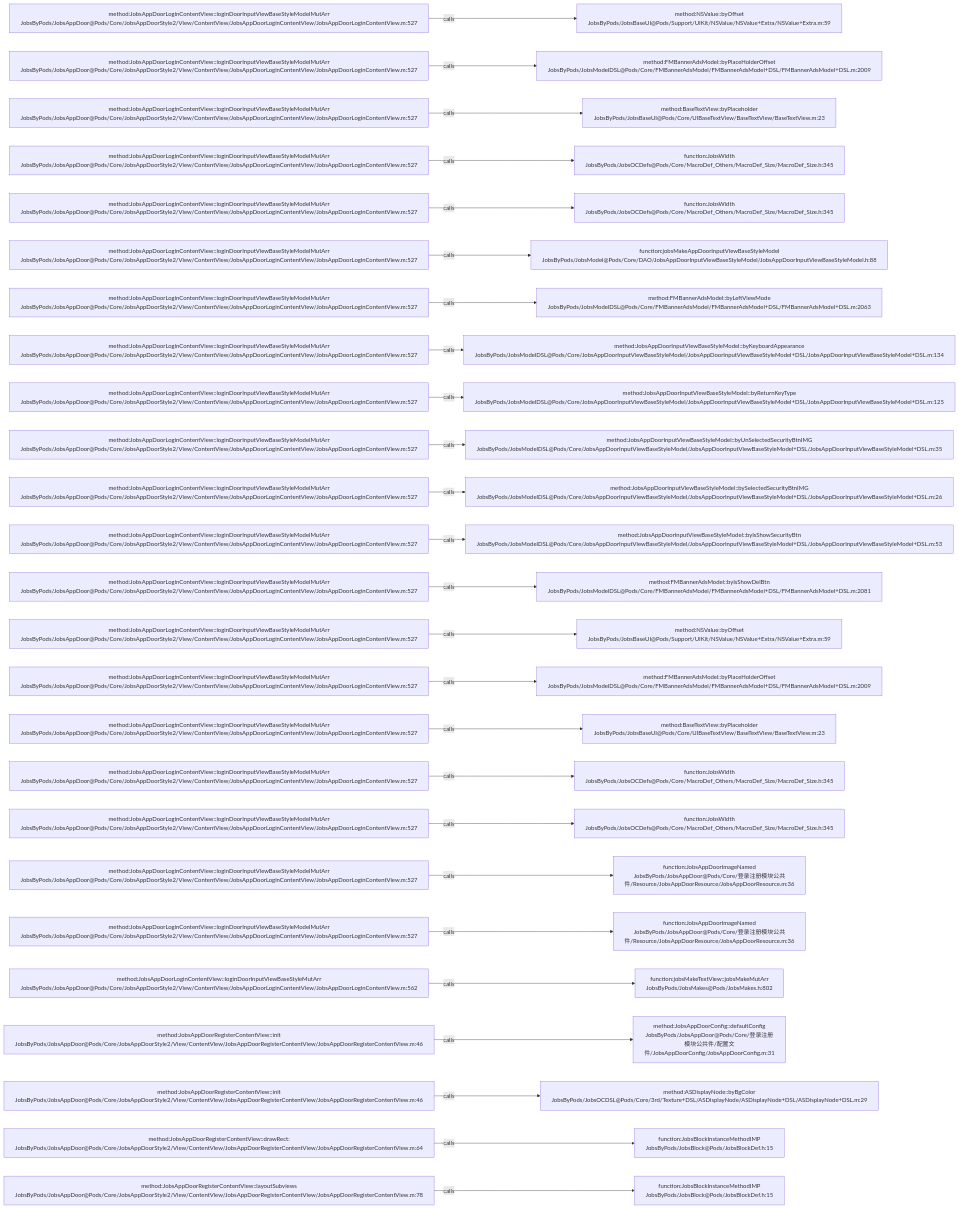
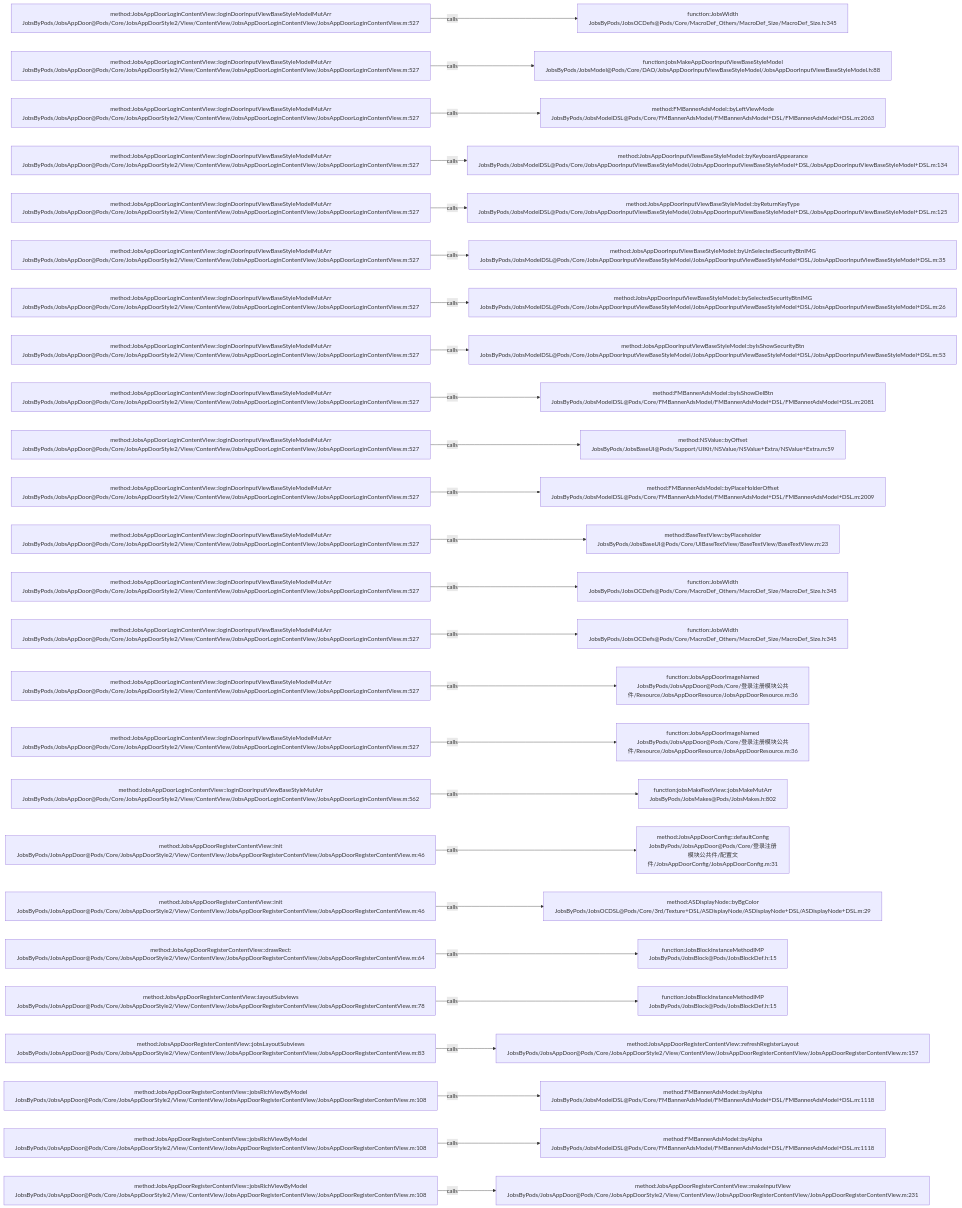
The diagram in .codegraph/codegraph.md/graphs/calls-125.md (JobsKits/JobsOCBaseConfigDemo), drawn with Mermaid before and after one commit. The commit also changed 116 other files, not shown here.

````diff
--- a/.codegraph/codegraph.md/graphs/calls-125.md
+++ b/.codegraph/codegraph.md/graphs/calls-125.md
@@ -13,78 +13,78 @@
 ```mermaid
 flowchart LR
   S1["method:JobsAppDoorLoginContentView::loginDoorInputViewBaseStyleModelMutArr<br/>JobsByPods/JobsAppDoor@Pods/Core/JobsAppDoorStyle2/View/ContentView/JobsAppDoorLoginContentView/JobsAppDoorLoginContentView.m:527"]
-  T1["method:NSValue::byOffset<br/>JobsByPods/JobsBaseUI@Pods/Support/UIKit/NSValue/NSValue+Extra/NSValue+Extra.m:59"]
+  T1["function:JobsWidth<br/>JobsByPods/JobsOCDefs@Pods/Core/MacroDef_Others/MacroDef_Size/MacroDef_Size.h:345"]
   S1 -->|calls| T1
   S2["method:JobsAppDoorLoginContentView::loginDoorInputViewBaseStyleModelMutArr<br/>JobsByPods/JobsAppDoor@Pods/Core/JobsAppDoorStyle2/View/ContentView/JobsAppDoorLoginContentView/JobsAppDoorLoginContentView.m:527"]
-  T2["method:FMBannerAdsModel::byPlaceHolderOffset<br/>JobsByPods/JobsModelDSL@Pods/Core/FMBannerAdsModel/FMBannerAdsModel+DSL/FMBannerAdsModel+DSL.m:2009"]
+  T2["function:jobsMakeAppDoorInputViewBaseStyleModel<br/>JobsByPods/JobsModel@Pods/Core/DAO/JobsAppDoorInputViewBaseStyleModel/JobsAppDoorInputViewBaseStyleModel.h:88"]
   S2 -->|calls| T2
   S3["method:JobsAppDoorLoginContentView::loginDoorInputViewBaseStyleModelMutArr<br/>JobsByPods/JobsAppDoor@Pods/Core/JobsAppDoorStyle2/View/ContentView/JobsAppDoorLoginContentView/JobsAppDoorLoginContentView.m:527"]
-  T3["method:BaseTextView::byPlaceholder<br/>JobsByPods/JobsBaseUI@Pods/Core/UIBaseTextView/BaseTextView/BaseTextView.m:23"]
+  T3["method:FMBannerAdsModel::byLeftViewMode<br/>JobsByPods/JobsModelDSL@Pods/Core/FMBannerAdsModel/FMBannerAdsModel+DSL/FMBannerAdsModel+DSL.m:2063"]
   S3 -->|calls| T3
   S4["method:JobsAppDoorLoginContentView::loginDoorInputViewBaseStyleModelMutArr<br/>JobsByPods/JobsAppDoor@Pods/Core/JobsAppDoorStyle2/View/ContentView/JobsAppDoorLoginContentView/JobsAppDoorLoginContentView.m:527"]
-  T4["function:JobsWidth<br/>JobsByPods/JobsOCDefs@Pods/Core/MacroDef_Others/MacroDef_Size/MacroDef_Size.h:345"]
+  T4["method:JobsAppDoorInputViewBaseStyleModel::byKeyboardAppearance<br/>JobsByPods/JobsModelDSL@Pods/Core/JobsAppDoorInputViewBaseStyleModel/JobsAppDoorInputViewBaseStyleModel+DSL/JobsAppDoorInputViewBaseStyleModel+DSL.m:134"]
   S4 -->|calls| T4
   S5["method:JobsAppDoorLoginContentView::loginDoorInputViewBaseStyleModelMutArr<br/>JobsByPods/JobsAppDoor@Pods/Core/JobsAppDoorStyle2/View/ContentView/JobsAppDoorLoginContentView/JobsAppDoorLoginContentView.m:527"]
-  T5["function:JobsWidth<br/>JobsByPods/JobsOCDefs@Pods/Core/MacroDef_Others/MacroDef_Size/MacroDef_Size.h:345"]
+  T5["method:JobsAppDoorInputViewBaseStyleModel::byReturnKeyType<br/>JobsByPods/JobsModelDSL@Pods/Core/JobsAppDoorInputViewBaseStyleModel/JobsAppDoorInputViewBaseStyleModel+DSL/JobsAppDoorInputViewBaseStyleModel+DSL.m:125"]
   S5 -->|calls| T5
   S6["method:JobsAppDoorLoginContentView::loginDoorInputViewBaseStyleModelMutArr<br/>JobsByPods/JobsAppDoor@Pods/Core/JobsAppDoorStyle2/View/ContentView/JobsAppDoorLoginContentView/JobsAppDoorLoginContentView.m:527"]
-  T6["function:jobsMakeAppDoorInputViewBaseStyleModel<br/>JobsByPods/JobsModel@Pods/Core/DAO/JobsAppDoorInputViewBaseStyleModel/JobsAppDoorInputViewBaseStyleModel.h:88"]
+  T6["method:JobsAppDoorInputViewBaseStyleModel::byUnSelectedSecurityBtnIMG<br/>JobsByPods/JobsModelDSL@Pods/Core/JobsAppDoorInputViewBaseStyleModel/JobsAppDoorInputViewBaseStyleModel+DSL/JobsAppDoorInputViewBaseStyleModel+DSL.m:35"]
   S6 -->|calls| T6
   S7["method:JobsAppDoorLoginContentView::loginDoorInputViewBaseStyleModelMutArr<br/>JobsByPods/JobsAppDoor@Pods/Core/JobsAppDoorStyle2/View/ContentView/JobsAppDoorLoginContentView/JobsAppDoorLoginContentView.m:527"]
-  T7["method:FMBannerAdsModel::byLeftViewMode<br/>JobsByPods/JobsModelDSL@Pods/Core/FMBannerAdsModel/FMBannerAdsModel+DSL/FMBannerAdsModel+DSL.m:2063"]
+  T7["method:JobsAppDoorInputViewBaseStyleModel::bySelectedSecurityBtnIMG<br/>JobsByPods/JobsModelDSL@Pods/Core/JobsAppDoorInputViewBaseStyleModel/JobsAppDoorInputViewBaseStyleModel+DSL/JobsAppDoorInputViewBaseStyleModel+DSL.m:26"]
   S7 -->|calls| T7
   S8["method:JobsAppDoorLoginContentView::loginDoorInputViewBaseStyleModelMutArr<br/>JobsByPods/JobsAppDoor@Pods/Core/JobsAppDoorStyle2/View/ContentView/JobsAppDoorLoginContentView/JobsAppDoorLoginContentView.m:527"]
-  T8["method:JobsAppDoorInputViewBaseStyleModel::byKeyboardAppearance<br/>JobsByPods/JobsModelDSL@Pods/Core/JobsAppDoorInputViewBaseStyleModel/JobsAppDoorInputViewBaseStyleModel+DSL/JobsAppDoorInputViewBaseStyleModel+DSL.m:134"]
+  T8["method:JobsAppDoorInputViewBaseStyleModel::byIsShowSecurityBtn<br/>JobsByPods/JobsModelDSL@Pods/Core/JobsAppDoorInputViewBaseStyleModel/JobsAppDoorInputViewBaseStyleModel+DSL/JobsAppDoorInputViewBaseStyleModel+DSL.m:53"]
   S8 -->|calls| T8
   S9["method:JobsAppDoorLoginContentView::loginDoorInputViewBaseStyleModelMutArr<br/>JobsByPods/JobsAppDoor@Pods/Core/JobsAppDoorStyle2/View/ContentView/JobsAppDoorLoginContentView/JobsAppDoorLoginContentView.m:527"]
-  T9["method:JobsAppDoorInputViewBaseStyleModel::byReturnKeyType<br/>JobsByPods/JobsModelDSL@Pods/Core/JobsAppDoorInputViewBaseStyleModel/JobsAppDoorInputViewBaseStyleModel+DSL/JobsAppDoorInputViewBaseStyleModel+DSL.m:125"]
+  T9["method:FMBannerAdsModel::byIsShowDelBtn<br/>JobsByPods/JobsModelDSL@Pods/Core/FMBannerAdsModel/FMBannerAdsModel+DSL/FMBannerAdsModel+DSL.m:2081"]
   S9 -->|calls| T9
   S10["method:JobsAppDoorLoginContentView::loginDoorInputViewBaseStyleModelMutArr<br/>JobsByPods/JobsAppDoor@Pods/Core/JobsAppDoorStyle2/View/ContentView/JobsAppDoorLoginContentView/JobsAppDoorLoginContentView.m:527"]
-  T10["method:JobsAppDoorInputViewBaseStyleModel::byUnSelectedSecurityBtnIMG<br/>JobsByPods/JobsModelDSL@Pods/Core/JobsAppDoorInputViewBaseStyleModel/JobsAppDoorInputViewBaseStyleModel+DSL/JobsAppDoorInputViewBaseStyleModel+DSL.m:35"]
+  T10["method:NSValue::byOffset<br/>JobsByPods/JobsBaseUI@Pods/Support/UIKit/NSValue/NSValue+Extra/NSValue+Extra.m:59"]
   S10 -->|calls| T10
   S11["method:JobsAppDoorLoginContentView::loginDoorInputViewBaseStyleModelMutArr<br/>JobsByPods/JobsAppDoor@Pods/Core/JobsAppDoorStyle2/View/ContentView/JobsAppDoorLoginContentView/JobsAppDoorLoginContentView.m:527"]
-  T11["method:JobsAppDoorInputViewBaseStyleModel::bySelectedSecurityBtnIMG<br/>JobsByPods/JobsModelDSL@Pods/Core/JobsAppDoorInputViewBaseStyleModel/JobsAppDoorInputViewBaseStyleModel+DSL/JobsAppDoorInputViewBaseStyleModel+DSL.m:26"]
+  T11["method:FMBannerAdsModel::byPlaceHolderOffset<br/>JobsByPods/JobsModelDSL@Pods/Core/FMBannerAdsModel/FMBannerAdsModel+DSL/FMBannerAdsModel+DSL.m:2009"]
   S11 -->|calls| T11
   S12["method:JobsAppDoorLoginContentView::loginDoorInputViewBaseStyleModelMutArr<br/>JobsByPods/JobsAppDoor@Pods/Core/JobsAppDoorStyle2/View/ContentView/JobsAppDoorLoginContentView/JobsAppDoorLoginContentView.m:527"]
-  T12["method:JobsAppDoorInputViewBaseStyleModel::byIsShowSecurityBtn<br/>JobsByPods/JobsModelDSL@Pods/Core/JobsAppDoorInputViewBaseStyleModel/JobsAppDoorInputViewBaseStyleModel+DSL/JobsAppDoorInputViewBaseStyleModel+DSL.m:53"]
+  T12["method:BaseTextView::byPlaceholder<br/>JobsByPods/JobsBaseUI@Pods/Core/UIBaseTextView/BaseTextView/BaseTextView.m:23"]
   S12 -->|calls| T12
   S13["method:JobsAppDoorLoginContentView::loginDoorInputViewBaseStyleModelMutArr<br/>JobsByPods/JobsAppDoor@Pods/Core/JobsAppDoorStyle2/View/ContentView/JobsAppDoorLoginContentView/JobsAppDoorLoginContentView.m:527"]
-  T13["method:FMBannerAdsModel::byIsShowDelBtn<br/>JobsByPods/JobsModelDSL@Pods/Core/FMBannerAdsModel/FMBannerAdsModel+DSL/FMBannerAdsModel+DSL.m:2081"]
+  T13["function:JobsWidth<br/>JobsByPods/JobsOCDefs@Pods/Core/MacroDef_Others/MacroDef_Size/MacroDef_Size.h:345"]
   S13 -->|calls| T13
   S14["method:JobsAppDoorLoginContentView::loginDoorInputViewBaseStyleModelMutArr<br/>JobsByPods/JobsAppDoor@Pods/Core/JobsAppDoorStyle2/View/ContentView/JobsAppDoorLoginContentView/JobsAppDoorLoginContentView.m:527"]
-  T14["method:NSValue::byOffset<br/>JobsByPods/JobsBaseUI@Pods/Support/UIKit/NSValue/NSValue+Extra/NSValue+Extra.m:59"]
+  T14["function:JobsWidth<br/>JobsByPods/JobsOCDefs@Pods/Core/MacroDef_Others/MacroDef_Size/MacroDef_Size.h:345"]
   S14 -->|calls| T14
   S15["method:JobsAppDoorLoginContentView::loginDoorInputViewBaseStyleModelMutArr<br/>JobsByPods/JobsAppDoor@Pods/Core/JobsAppDoorStyle2/View/ContentView/JobsAppDoorLoginContentView/JobsAppDoorLoginContentView.m:527"]
-  T15["method:FMBannerAdsModel::byPlaceHolderOffset<br/>JobsByPods/JobsModelDSL@Pods/Core/FMBannerAdsModel/FMBannerAdsModel+DSL/FMBannerAdsModel+DSL.m:2009"]
+  T15["function:JobsAppDoorImageNamed<br/>JobsByPods/JobsAppDoor@Pods/Core/登录注册模块公共件/Resource/JobsAppDoorResource/JobsAppDoorResource.m:36"]
   S15 -->|calls| T15
   S16["method:JobsAppDoorLoginContentView::loginDoorInputViewBaseStyleModelMutArr<br/>JobsByPods/JobsAppDoor@Pods/Core/JobsAppDoorStyle2/View/ContentView/JobsAppDoorLoginContentView/JobsAppDoorLoginContentView.m:527"]
-  T16["method:BaseTextView::byPlaceholder<br/>JobsByPods/JobsBaseUI@Pods/Core/UIBaseTextView/BaseTextView/BaseTextView.m:23"]
+  T16["function:JobsAppDoorImageNamed<br/>JobsByPods/JobsAppDoor@Pods/Core/登录注册模块公共件/Resource/JobsAppDoorResource/JobsAppDoorResource.m:36"]
   S16 -->|calls| T16
-  S17["method:JobsAppDoorLoginContentView::loginDoorInputViewBaseStyleModelMutArr<br/>JobsByPods/JobsAppDoor@Pods/Core/JobsAppDoorStyle2/View/ContentView/JobsAppDoorLoginContentView/JobsAppDoorLoginContentView.m:527"]
-  T17["function:JobsWidth<br/>JobsByPods/JobsOCDefs@Pods/Core/MacroDef_Others/MacroDef_Size/MacroDef_Size.h:345"]
+  S17["method:JobsAppDoorLoginContentView::loginDoorInputViewBaseStyleMutArr<br/>JobsByPods/JobsAppDoor@Pods/Core/JobsAppDoorStyle2/View/ContentView/JobsAppDoorLoginContentView/JobsAppDoorLoginContentView.m:562"]
+  T17["function:jobsMakeTextView::jobsMakeMutArr<br/>JobsByPods/JobsMakes@Pods/JobsMakes.h:802"]
   S17 -->|calls| T17
-  S18["method:JobsAppDoorLoginContentView::loginDoorInputViewBaseStyleModelMutArr<br/>JobsByPods/JobsAppDoor@Pods/Core/JobsAppDoorStyle2/View/ContentView/JobsAppDoorLoginContentView/JobsAppDoorLoginContentView.m:527"]
-  T18["function:JobsWidth<br/>JobsByPods/JobsOCDefs@Pods/Core/MacroDef_Others/MacroDef_Size/MacroDef_Size.h:345"]
+  S18["method:JobsAppDoorRegisterContentView::init<br/>JobsByPods/JobsAppDoor@Pods/Core/JobsAppDoorStyle2/View/ContentView/JobsAppDoorRegisterContentView/JobsAppDoorRegisterContentView.m:46"]
+  T18["method:JobsAppDoorConfig::defaultConfig<br/>JobsByPods/JobsAppDoor@Pods/Core/登录注册模块公共件/配置文件/JobsAppDoorConfig/JobsAppDoorConfig.m:31"]
   S18 -->|calls| T18
-  S19["method:JobsAppDoorLoginContentView::loginDoorInputViewBaseStyleModelMutArr<br/>JobsByPods/JobsAppDoor@Pods/Core/JobsAppDoorStyle2/View/ContentView/JobsAppDoorLoginContentView/JobsAppDoorLoginContentView.m:527"]
-  T19["function:JobsAppDoorImageNamed<br/>JobsByPods/JobsAppDoor@Pods/Core/登录注册模块公共件/Resource/JobsAppDoorResource/JobsAppDoorResource.m:36"]
+  S19["method:JobsAppDoorRegisterContentView::init<br/>JobsByPods/JobsAppDoor@Pods/Core/JobsAppDoorStyle2/View/ContentView/JobsAppDoorRegisterContentView/JobsAppDoorRegisterContentView.m:46"]
+  T19["method:ASDisplayNode::byBgColor<br/>JobsByPods/JobsOCDSL@Pods/Core/3rd/Texture+DSL/ASDisplayNode/ASDisplayNode+DSL/ASDisplayNode+DSL.m:29"]
   S19 -->|calls| T19
-  S20["method:JobsAppDoorLoginContentView::loginDoorInputViewBaseStyleModelMutArr<br/>JobsByPods/JobsAppDoor@Pods/Core/JobsAppDoorStyle2/View/ContentView/JobsAppDoorLoginContentView/JobsAppDoorLoginContentView.m:527"]
-  T20["function:JobsAppDoorImageNamed<br/>JobsByPods/JobsAppDoor@Pods/Core/登录注册模块公共件/Resource/JobsAppDoorResource/JobsAppDoorResource.m:36"]
+  S20["method:JobsAppDoorRegisterContentView::drawRect:<br/>JobsByPods/JobsAppDoor@Pods/Core/JobsAppDoorStyle2/View/ContentView/JobsAppDoorRegisterContentView/JobsAppDoorRegisterContentView.m:64"]
+  T20["function:JobsBlockInstanceMethodIMP<br/>JobsByPods/JobsBlock@Pods/JobsBlockDef.h:15"]
   S20 -->|calls| T20
-  S21["method:JobsAppDoorLoginContentView::loginDoorInputViewBaseStyleMutArr<br/>JobsByPods/JobsAppDoor@Pods/Core/JobsAppDoorStyle2/View/ContentView/JobsAppDoorLoginContentView/JobsAppDoorLoginContentView.m:562"]
-  T21["function:jobsMakeTextView::jobsMakeMutArr<br/>JobsByPods/JobsMakes@Pods/JobsMakes.h:802"]
+  S21["method:JobsAppDoorRegisterContentView::layoutSubviews<br/>JobsByPods/JobsAppDoor@Pods/Core/JobsAppDoorStyle2/View/ContentView/JobsAppDoorRegisterContentView/JobsAppDoorRegisterContentView.m:78"]
+  T21["function:JobsBlockInstanceMethodIMP<br/>JobsByPods/JobsBlock@Pods/JobsBlockDef.h:15"]
   S21 -->|calls| T21
-  S22["method:JobsAppDoorRegisterContentView::init<br/>JobsByPods/JobsAppDoor@Pods/Core/JobsAppDoorStyle2/View/ContentView/JobsAppDoorRegisterContentView/JobsAppDoorRegisterContentView.m:46"]
-  T22["method:JobsAppDoorConfig::defaultConfig<br/>JobsByPods/JobsAppDoor@Pods/Core/登录注册模块公共件/配置文件/JobsAppDoorConfig/JobsAppDoorConfig.m:31"]
+  S22["method:JobsAppDoorRegisterContentView::jobsLayoutSubviews<br/>JobsByPods/JobsAppDoor@Pods/Core/JobsAppDoorStyle2/View/ContentView/JobsAppDoorRegisterContentView/JobsAppDoorRegisterContentView.m:83"]
+  T22["method:JobsAppDoorRegisterContentView::refreshRegisterLayout<br/>JobsByPods/JobsAppDoor@Pods/Core/JobsAppDoorStyle2/View/ContentView/JobsAppDoorRegisterContentView/JobsAppDoorRegisterContentView.m:157"]
   S22 -->|calls| T22
-  S23["method:JobsAppDoorRegisterContentView::init<br/>JobsByPods/JobsAppDoor@Pods/Core/JobsAppDoorStyle2/View/ContentView/JobsAppDoorRegisterContentView/JobsAppDoorRegisterContentView.m:46"]
-  T23["method:ASDisplayNode::byBgColor<br/>JobsByPods/JobsOCDSL@Pods/Core/3rd/Texture+DSL/ASDisplayNode/ASDisplayNode+DSL/ASDisplayNode+DSL.m:29"]
+  S23["method:JobsAppDoorRegisterContentView::jobsRichViewByModel<br/>JobsByPods/JobsAppDoor@Pods/Core/JobsAppDoorStyle2/View/ContentView/JobsAppDoorRegisterContentView/JobsAppDoorRegisterContentView.m:108"]
+  T23["method:FMBannerAdsModel::byAlpha<br/>JobsByPods/JobsModelDSL@Pods/Core/FMBannerAdsModel/FMBannerAdsModel+DSL/FMBannerAdsModel+DSL.m:1118"]
   S23 -->|calls| T23
-  S24["method:JobsAppDoorRegisterContentView::drawRect:<br/>JobsByPods/JobsAppDoor@Pods/Core/JobsAppDoorStyle2/View/ContentView/JobsAppDoorRegisterContentView/JobsAppDoorRegisterContentView.m:64"]
-  T24["function:JobsBlockInstanceMethodIMP<br/>JobsByPods/JobsBlock@Pods/JobsBlockDef.h:15"]
+  S24["method:JobsAppDoorRegisterContentView::jobsRichViewByModel<br/>JobsByPods/JobsAppDoor@Pods/Core/JobsAppDoorStyle2/View/ContentView/JobsAppDoorRegisterContentView/JobsAppDoorRegisterContentView.m:108"]
+  T24["method:FMBannerAdsModel::byAlpha<br/>JobsByPods/JobsModelDSL@Pods/Core/FMBannerAdsModel/FMBannerAdsModel+DSL/FMBannerAdsModel+DSL.m:1118"]
   S24 -->|calls| T24
-  S25["method:JobsAppDoorRegisterContentView::layoutSubviews<br/>JobsByPods/JobsAppDoor@Pods/Core/JobsAppDoorStyle2/View/ContentView/JobsAppDoorRegisterContentView/JobsAppDoorRegisterContentView.m:78"]
-  T25["function:JobsBlockInstanceMethodIMP<br/>JobsByPods/JobsBlock@Pods/JobsBlockDef.h:15"]
+  S25["method:JobsAppDoorRegisterContentView::jobsRichViewByModel<br/>JobsByPods/JobsAppDoor@Pods/Core/JobsAppDoorStyle2/View/ContentView/JobsAppDoorRegisterContentView/JobsAppDoorRegisterContentView.m:108"]
+  T25["method:JobsAppDoorRegisterContentView::makeInputView<br/>JobsByPods/JobsAppDoor@Pods/Core/JobsAppDoorStyle2/View/ContentView/JobsAppDoorRegisterContentView/JobsAppDoorRegisterContentView.m:231"]
   S25 -->|calls| T25
 ```
````
